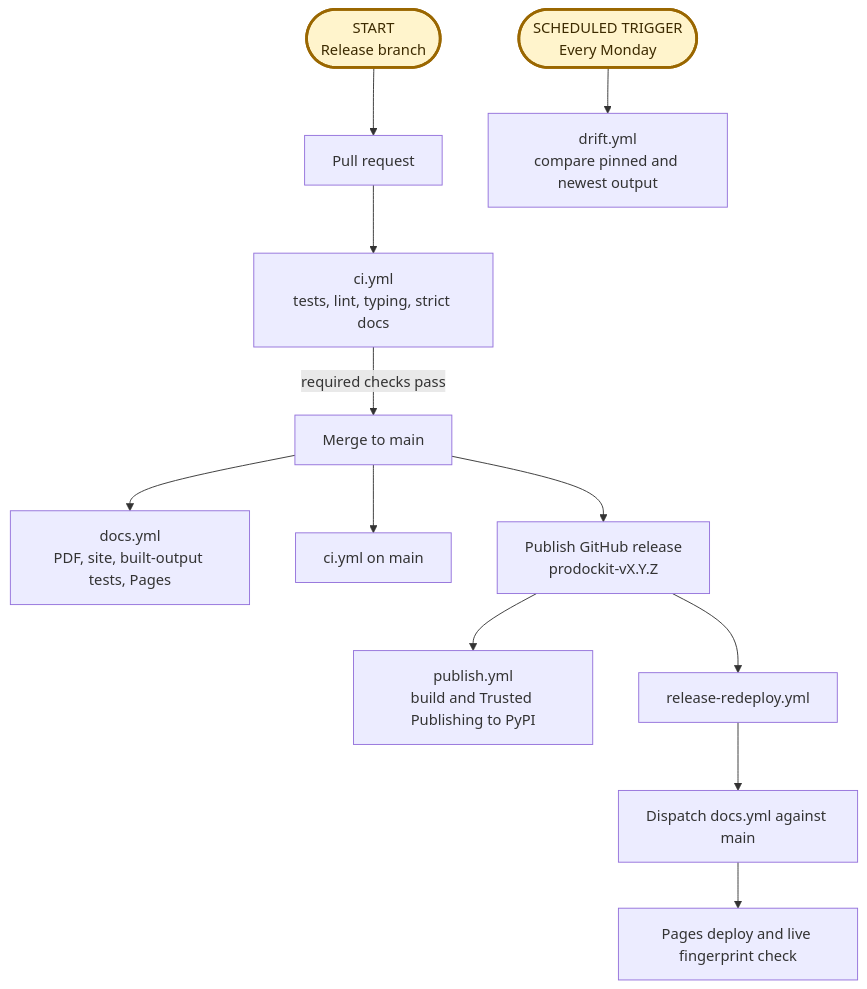
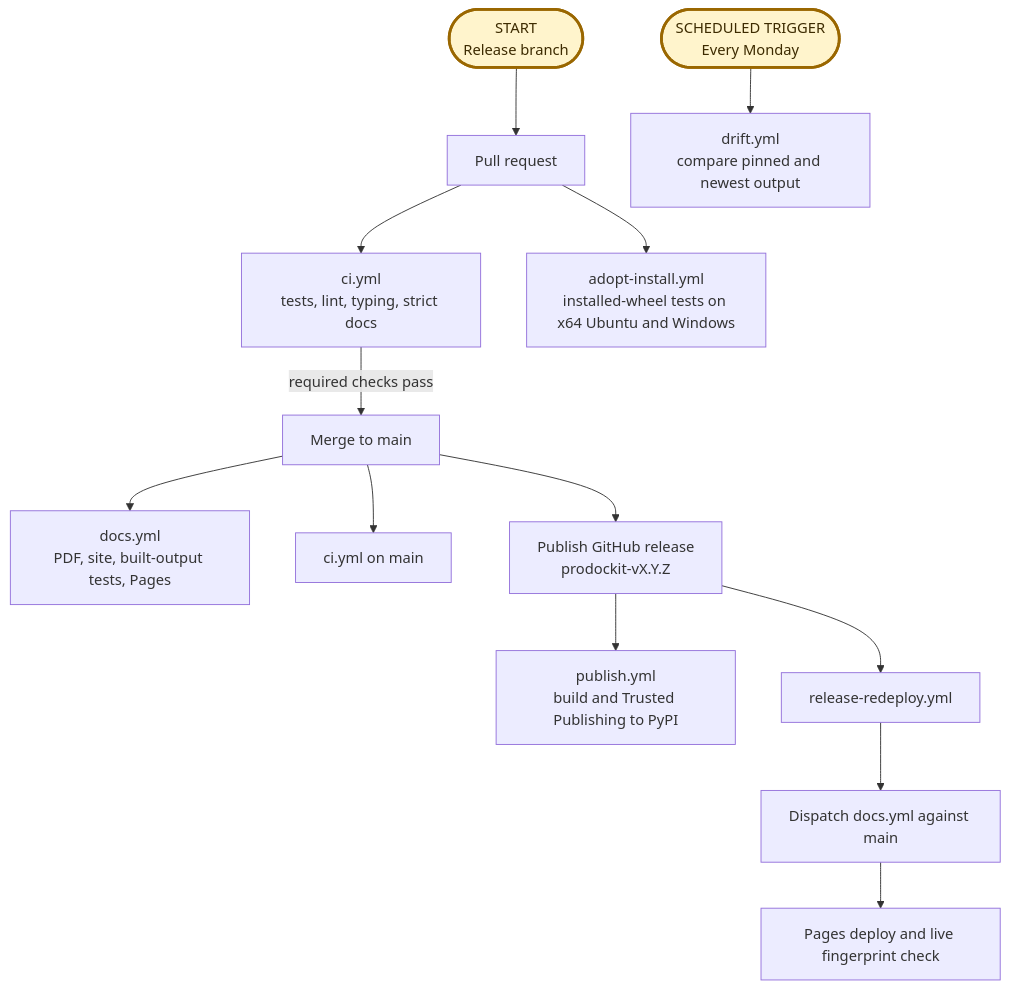
One commit to buckwem/prodockit-extensions changed the diagram in docs/devcons/releasing.md. Above: the diagram before and after it, drawn with Mermaid. The commit also changed other lines of this file and 22 other files, not shown here.

````diff
--- a/docs/devcons/releasing.md
+++ b/docs/devcons/releasing.md
@@ -23,16 +23,17 @@
 ```mermaid
 flowchart TD
     branch([START<br>Release branch]):::entry --> pr[Pull request]
     pr --> ci[ci.yml<br>tests, lint, typing, strict docs]
+    pr --> adopt[adopt-install.yml<br>installed-wheel tests on x64 Ubuntu and Windows]
     ci -->|required checks pass| merge[Merge to main]
     merge --> docs[docs.yml<br>PDF, site, built-output tests, Pages]
     merge --> mainci[ci.yml on main]
     merge --> release[Publish GitHub release<br>prodockit-vX.Y.Z]
     release --> pypi[publish.yml<br>build and Trusted Publishing to PyPI]
     release --> redeploy[release-redeploy.yml]
     redeploy --> dispatch[Dispatch docs.yml against main]
     dispatch --> live[Pages deploy and live fingerprint check]
     schedule([SCHEDULED TRIGGER<br>Every Monday]):::entry --> drift[drift.yml<br>compare pinned and newest output]
 
     classDef entry fill:#fff4cc,stroke:#9a6700,stroke-width:3px,color:#3d2b00
 ```
````
